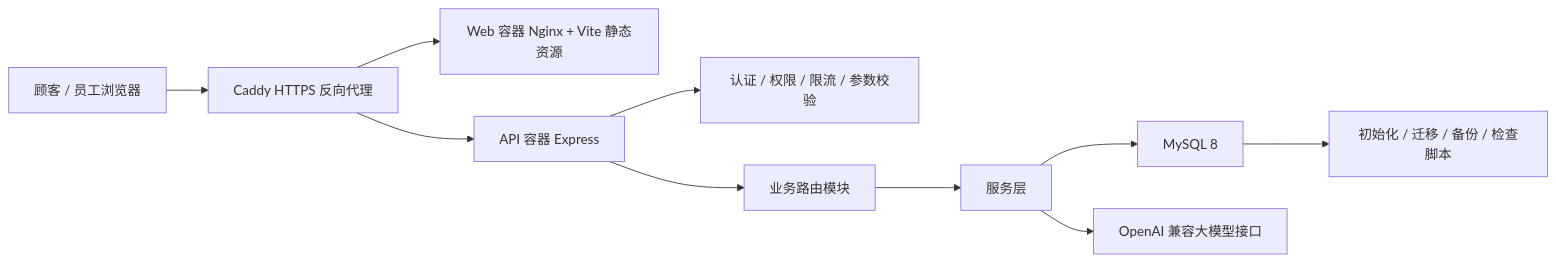
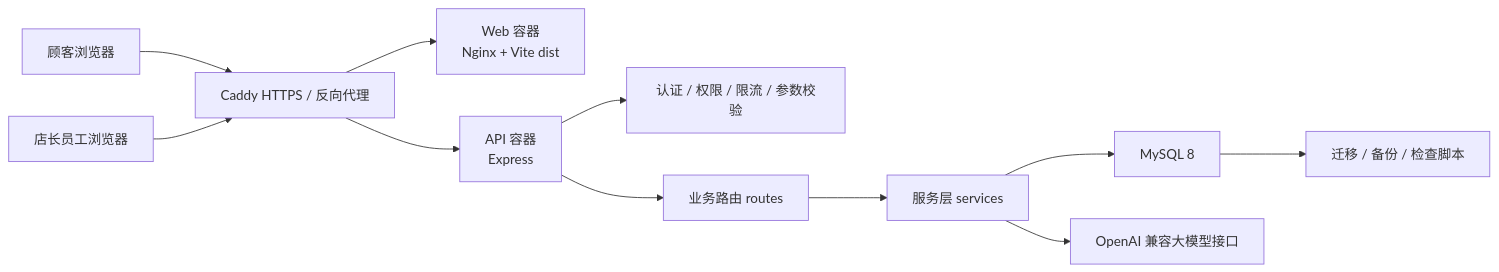
One commit to litswcbyy9-cell/boardgame-system changed the diagram in docs/产品功能说明书.md. Above: the diagram before and after it, drawn with Mermaid. The commit also changed other lines of this file and 1 other file, not shown here.

Commit message:
Revise product manual with architecture and data ops

````diff
--- a/docs/产品功能说明书.md
+++ b/docs/产品功能说明书.md
@@ -32,12 +35,13 @@
 ```mermaid
 flowchart LR
-  Browser["顾客 / 员工浏览器"] --> Caddy["Caddy HTTPS 反向代理"]
-  Caddy --> Web["Web 容器 Nginx + Vite 静态资源"]
-  Caddy --> API["API 容器 Express"]
-  API --> Auth["认证 / 权限 / 限流 / 参数校验"]
-  API --> Routes["业务路由模块"]
-  Routes --> Services["服务层"]
+  U1["顾客浏览器"] --> Caddy["Caddy HTTPS / 反向代理"]
+  U2["店长员工浏览器"] --> Caddy
+  Caddy --> Web["Web 容器<br/>Nginx + Vite dist"]
+  Caddy --> API["API 容器<br/>Express"]
+  API --> Security["认证 / 权限 / 限流 / 参数校验"]
+  API --> Routes["业务路由 routes"]
+  Routes --> Services["服务层 services"]
   Services --> MySQL["MySQL 8"]
   Services --> LLM["OpenAI 兼容大模型接口"]
-  MySQL --> Migration["初始化 / 迁移 / 备份 / 检查脚本"]
+  MySQL --> Scripts["迁移 / 备份 / 检查脚本"]
 ```
````
